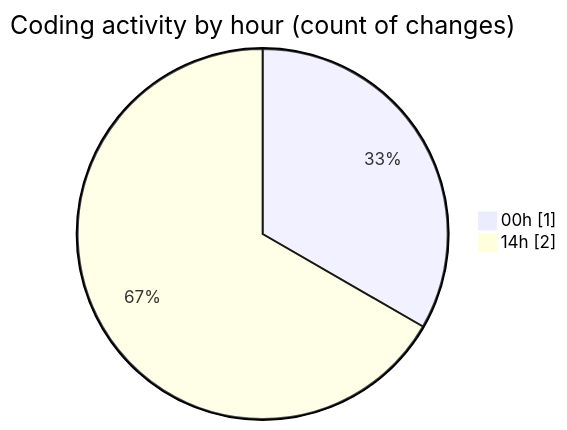
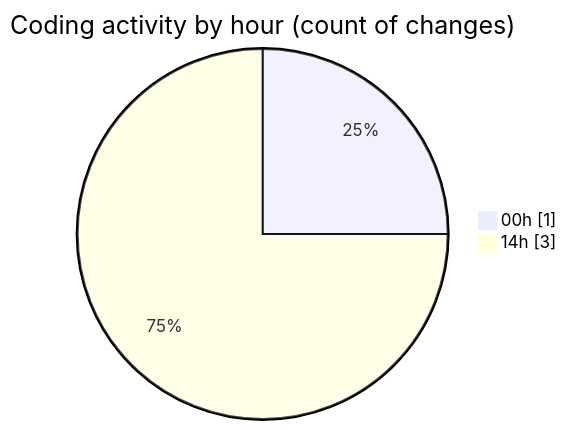
One commit to JenPaints/code-tracking changed the second of 2 diagrams in 2025-06-26/archive/README.md. Above: the diagram before and after it, drawn with Mermaid. The commit also changed other lines of this file and 1 other file, not shown here.

````diff
--- a/2025-06-26/archive/README.md
+++ b/2025-06-26/archive/README.md
@@ -31,6 +32,6 @@
 ```mermaid
 pie showData
 title Coding activity by hour (count of changes)
 "00h" : 1
-"14h" : 2
+"14h" : 3
 ```
````
